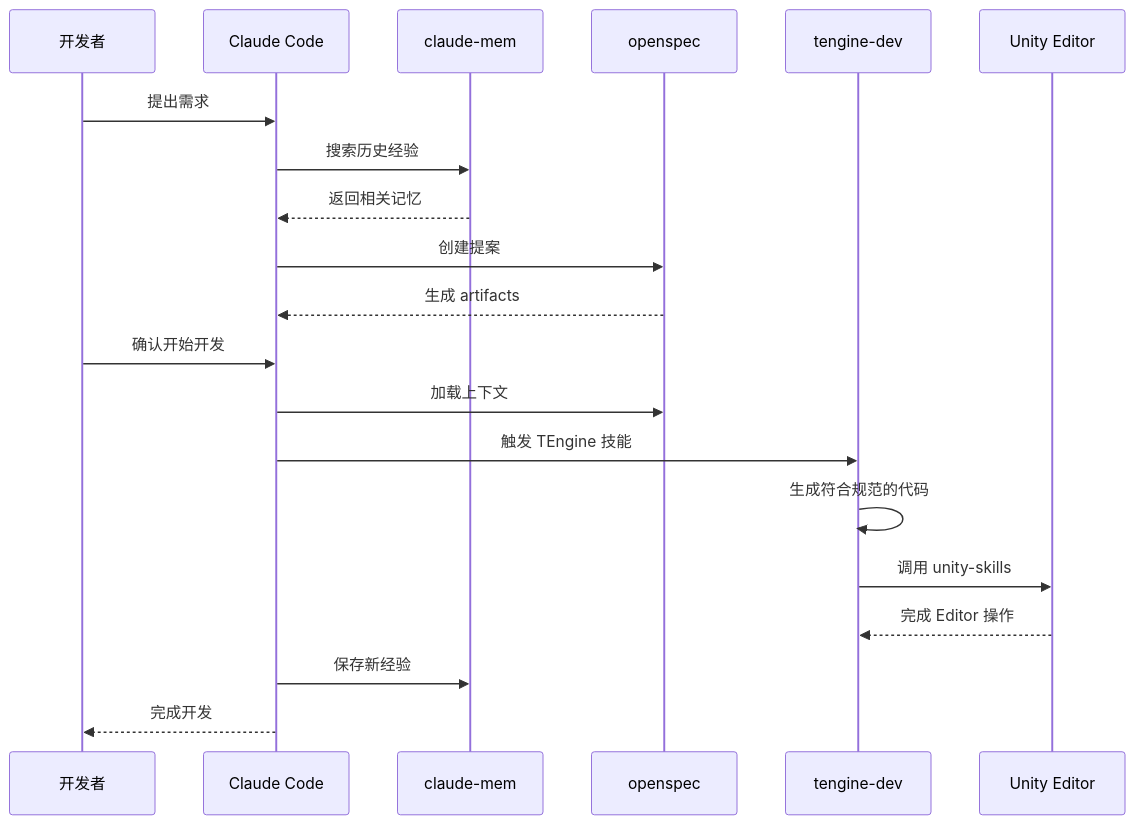
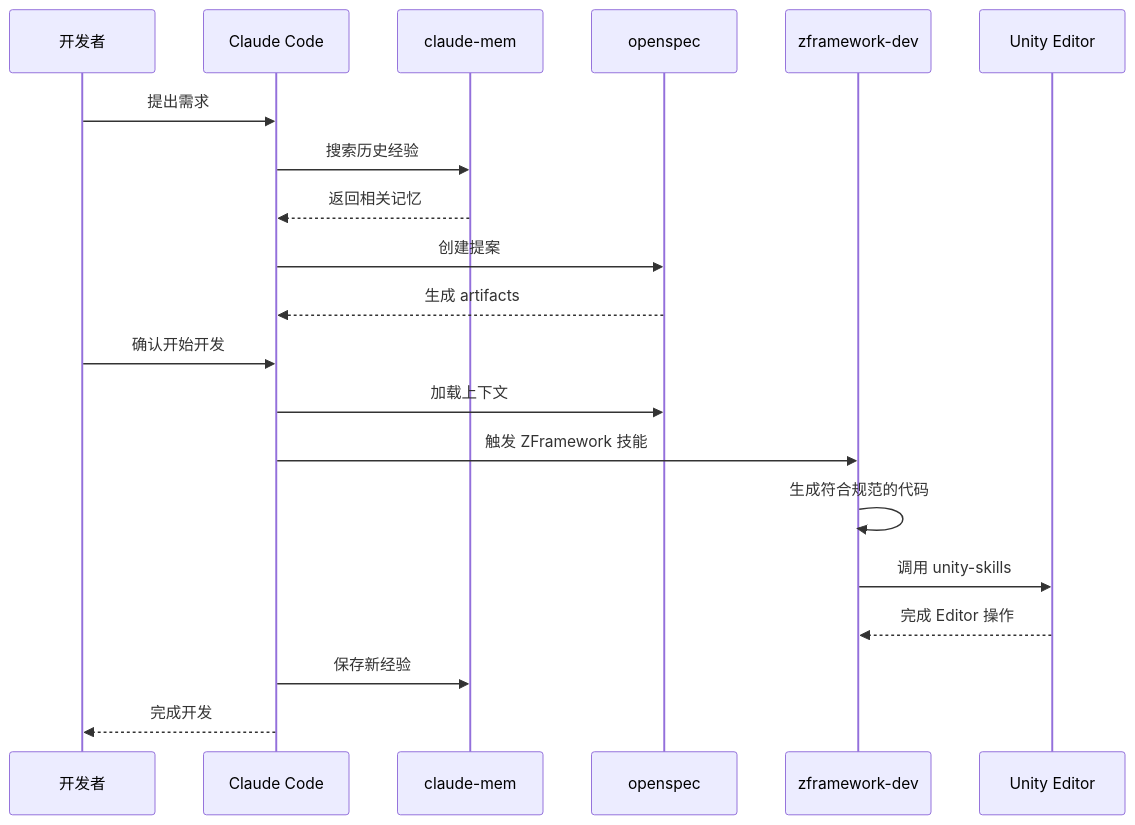
Diagram 17 of 17 in Books/AI-Development-Workflow.md (Hubr1zz/ZFramework), drawn with Mermaid before and after one commit. The commit also changed other lines of this file and 1773 other files, not shown here.

````diff
--- a/Books/AI-Development-Workflow.md
+++ b/Books/AI-Development-Workflow.md
@@ -1428,27 +1428,27 @@
 ```mermaid
 sequenceDiagram
     participant User as 开发者
     participant Claude as Claude Code
     participant Mem as claude-mem
     participant Spec as openspec
-    participant Skills as tengine-dev
+    participant Skills as zframework-dev
     participant Unity as Unity Editor
 
     User->>Claude: 提出需求
     Claude->>Mem: 搜索历史经验
     Mem-->>Claude: 返回相关记忆
 
     Claude->>Spec: 创建提案
     Spec-->>Claude: 生成 artifacts
 
     User->>Claude: 确认开始开发
     Claude->>Spec: 加载上下文
-    Claude->>Skills: 触发 TEngine 技能
+    Claude->>Skills: 触发 ZFramework 技能
 
     Skills->>Skills: 生成符合规范的代码
     Skills->>Unity: 调用 unity-skills
     Unity-->>Skills: 完成 Editor 操作
 
     Claude->>Mem: 保存新经验
     Claude-->>User: 完成开发
 ```
````
